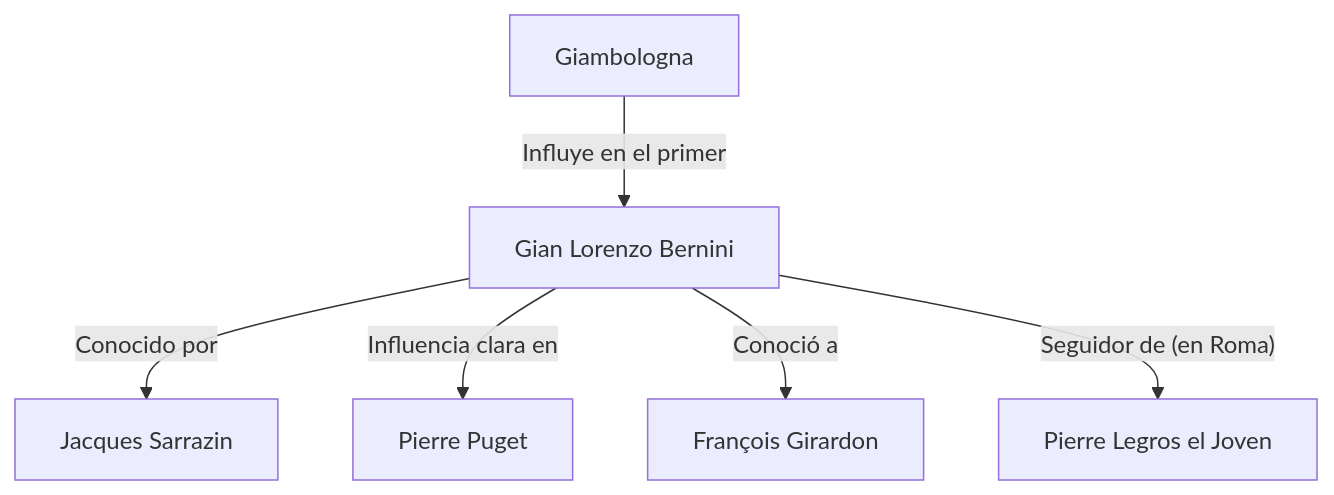
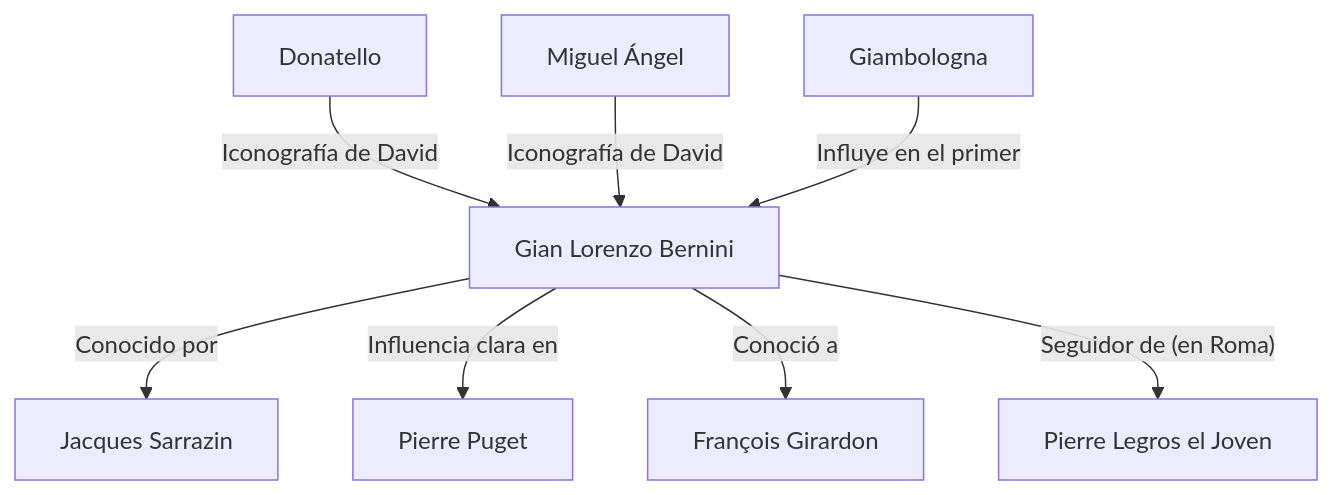
The diagram in bernini.mmd (JJ/barroco-sources), drawn with Mermaid before and after one commit. The commit also changed 1 other file, not shown here.

```diff
--- a/bernini.mmd
+++ b/bernini.mmd
@@ -1,17 +1,22 @@
 graph TD
     Bernini[Gian Lorenzo Bernini]
 
     %% Escultores italianos
     GB[Giambologna]
+    MA[Miguel Ángel]
+    Donatello
+    
     %% Escultores Franceses
     JS[Jacques Sarrazin]
     PP[Pierre Puget]
     FG[François Girardon]
     PL[Pierre Legros el Joven]
 
 %% Relaciones
+    Donatello -- "Iconografía de David" --> Bernini
+    MA -- "Iconografía de David" --> Bernini
     GB -- "Influye en el primer" --> Bernini
     Bernini -- "Conocido por" --> JS
     Bernini -- "Influencia clara en" --> PP
     Bernini -- "Conoció a" --> FG
     Bernini -- "Seguidor de (en Roma)" --> PL
```
